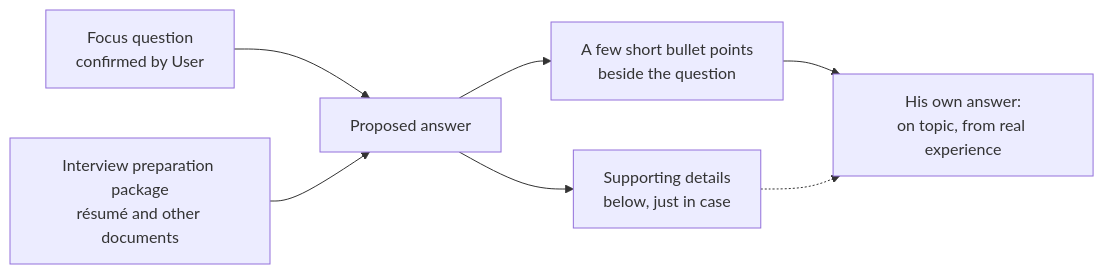
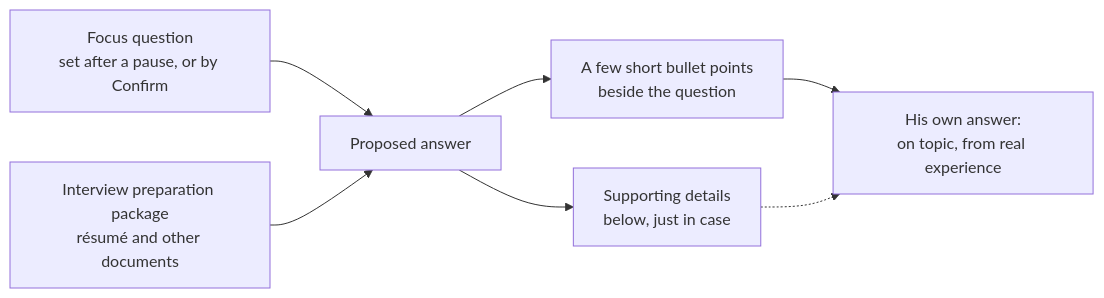
Before and after one commit to Elustondo-ai/alice.good.meetings: the diagram in docs/asdg/02-purpose/03-planned-improvements.md, drawn with Mermaid. The commit also changed other lines of this file and 53 other files, not shown here.

First line of the commit message:
SPRINT-003: automatic one-call flow, contextual reading, specialist drafts, backlog

````diff
--- a/docs/asdg/02-purpose/03-planned-improvements.md
+++ b/docs/asdg/02-purpose/03-planned-improvements.md
@@ -10,9 +10,9 @@
 ```mermaid
 flowchart LR
-    Q["Focus question<br/>confirmed by User"] --> A["Proposed answer"]
+    Q["Focus question<br/>set after a pause, or by Confirm"] --> A["Proposed answer"]
     P["Interview preparation package<br/>résumé and other documents"] --> A
     A --> B["A few short bullet points<br/>beside the question"]
     A --> D["Supporting details<br/>below, just in case"]
     B --> O["His own answer:<br/>on topic, from real experience"]
     D -.-> O
 ```
````
